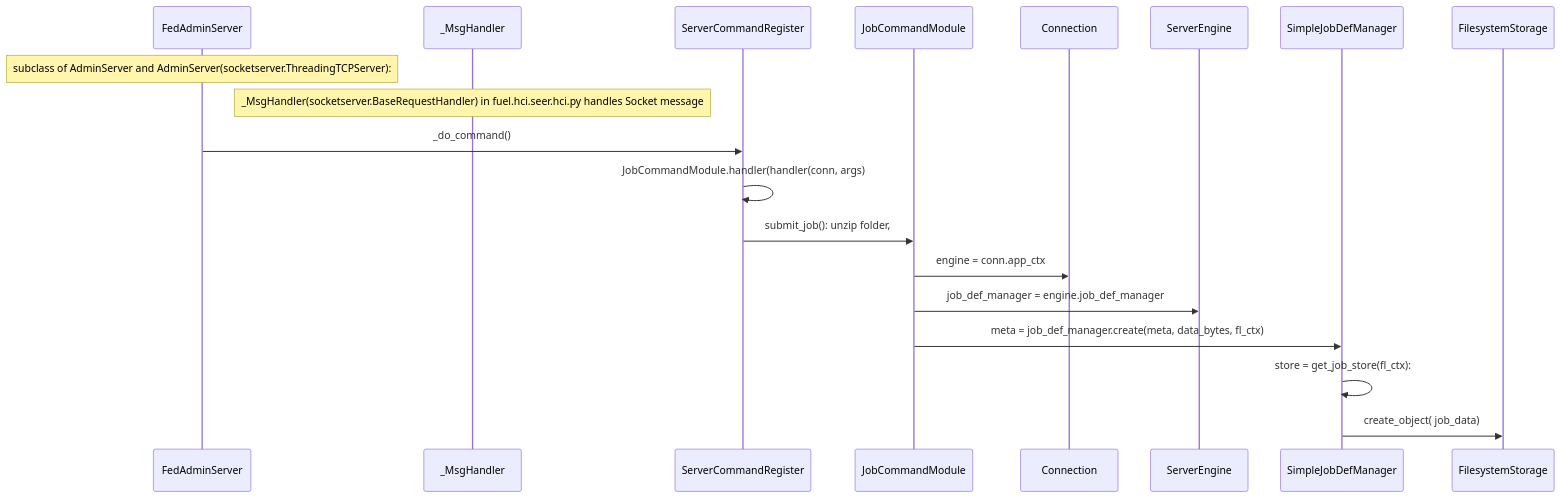
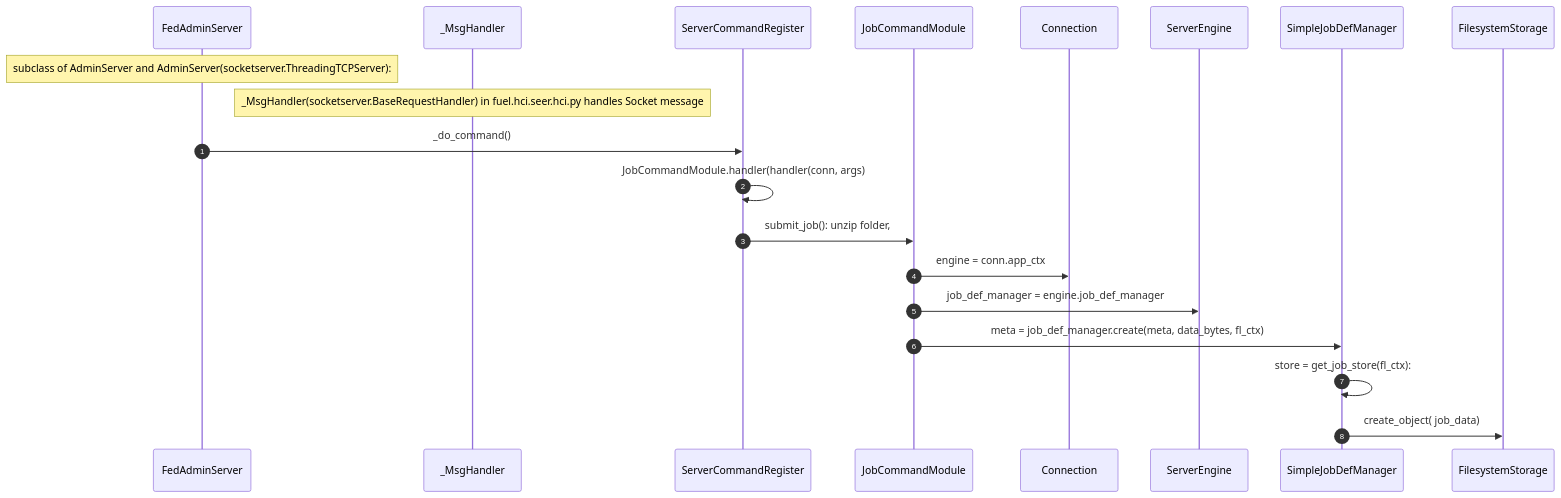
The seventh of 16 diagrams in docs/system_state_and_flow/system_workflow.md (hitesh-ag1/NVFlare), drawn with Mermaid before and after one commit. The commit also changed other lines of this file, not shown here.

````diff
--- a/docs/system_state_and_flow/system_workflow.md
+++ b/docs/system_state_and_flow/system_workflow.md
@@ -196,24 +217,25 @@
 ```mermaid
 sequenceDiagram
+    autonumber
     participant FedAdminServer
     note over FedAdminServer:  subclass of AdminServer and AdminServer(socketserver.ThreadingTCPServer):
     participant _MsgHandler
     note over _MsgHandler:  _MsgHandler(socketserver.BaseRequestHandler) in fuel.hci.seer.hci.py handles Socket message
     participant ServerCommandRegister
     participant JobCommandModule
     participant Connection
     participant ServerEngine
     participant SimpleJobDefManager
     participant FilesystemStorage
     
     
     FedAdminServer ->> ServerCommandRegister: _do_command()  
     ServerCommandRegister ->> ServerCommandRegister: JobCommandModule.handler(handler(conn, args)
     ServerCommandRegister ->> JobCommandModule: submit_job(): unzip folder, 
     JobCommandModule ->> Connection :  engine = conn.app_ctx
     JobCommandModule ->> ServerEngine: job_def_manager = engine.job_def_manager
     JobCommandModule ->> SimpleJobDefManager: meta = job_def_manager.create(meta, data_bytes, fl_ctx)
     SimpleJobDefManager ->>  SimpleJobDefManager : store = get_job_store(fl_ctx):
     SimpleJobDefManager ->> FilesystemStorage :  create_object( job_data)
      
 ```
````
